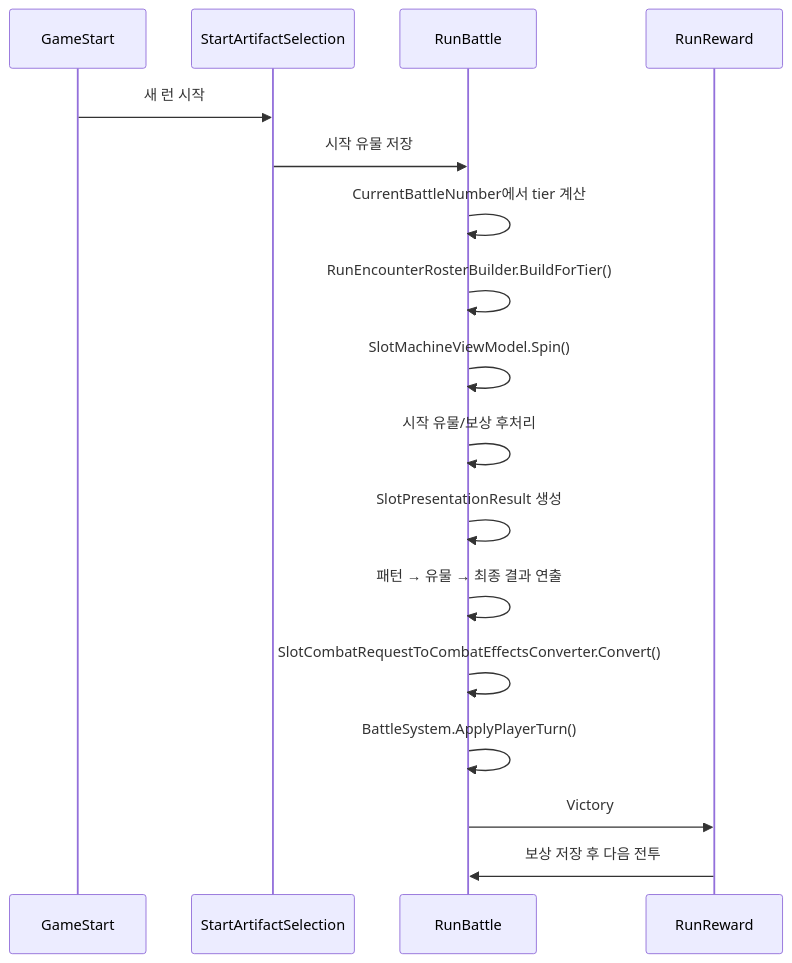
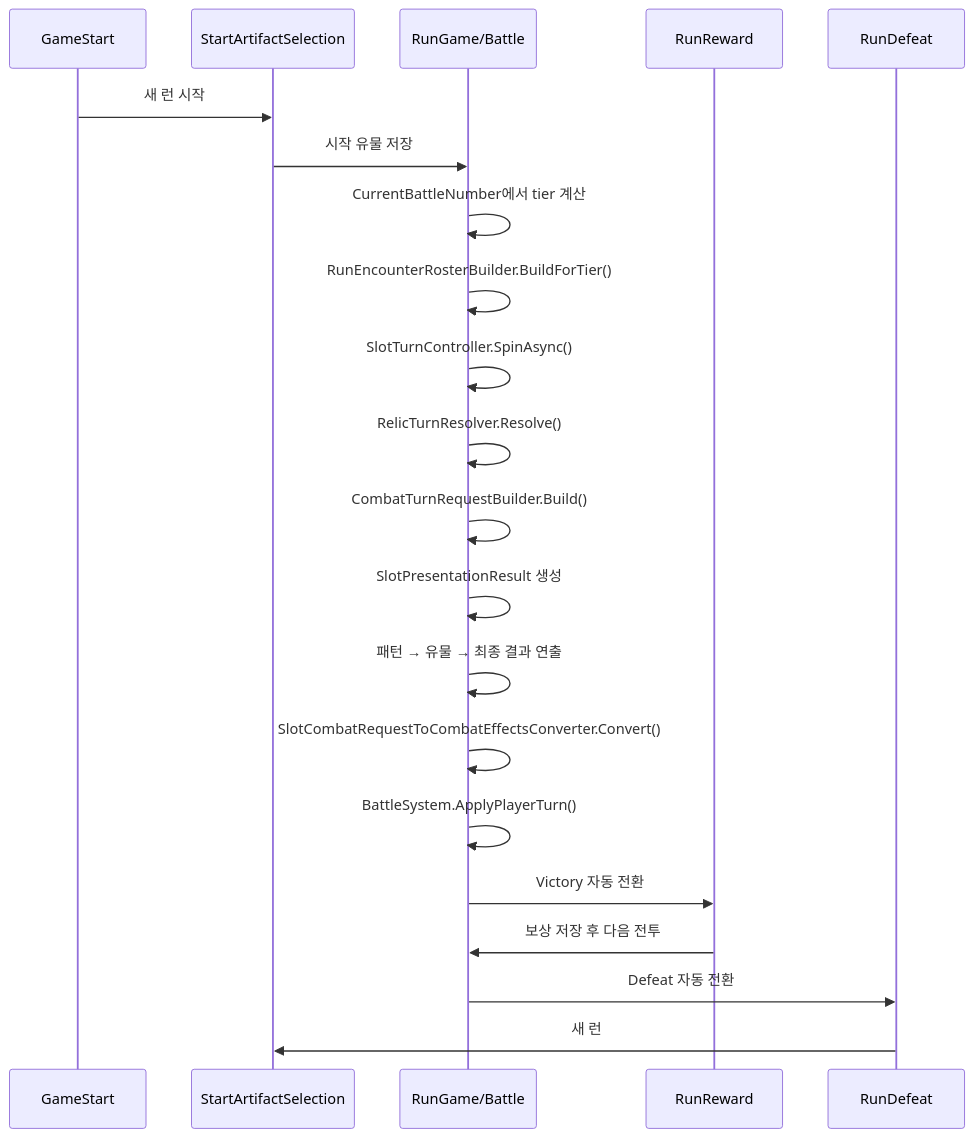
The diagram in docs/design-docs/game-flow.md (YooKyubin/SlotRogue), drawn with Mermaid before and after one commit. The commit also changed other lines of this file and 448 other files, not shown here.

````diff
--- a/docs/design-docs/game-flow.md
+++ b/docs/design-docs/game-flow.md
@@ -37,19 +37,23 @@
 ```mermaid
 sequenceDiagram
     participant Start as GameStart
     participant Artifact as StartArtifactSelection
-    participant Battle as RunBattle
+    participant Battle as RunGame/Battle
     participant Reward as RunReward
+    participant Defeat as RunDefeat
     Start->>Artifact: 새 런 시작
     Artifact->>Battle: 시작 유물 저장
     Battle->>Battle: CurrentBattleNumber에서 tier 계산
     Battle->>Battle: RunEncounterRosterBuilder.BuildForTier()
-    Battle->>Battle: SlotMachineViewModel.Spin()
-    Battle->>Battle: 시작 유물/보상 후처리
+    Battle->>Battle: SlotTurnController.SpinAsync()
+    Battle->>Battle: RelicTurnResolver.Resolve()
+    Battle->>Battle: CombatTurnRequestBuilder.Build()
     Battle->>Battle: SlotPresentationResult 생성
     Battle->>Battle: 패턴 → 유물 → 최종 결과 연출
     Battle->>Battle: SlotCombatRequestToCombatEffectsConverter.Convert()
     Battle->>Battle: BattleSystem.ApplyPlayerTurn()
-    Battle->>Reward: Victory
+    Battle->>Reward: Victory 자동 전환
     Reward->>Battle: 보상 저장 후 다음 전투
+    Battle->>Defeat: Defeat 자동 전환
+    Defeat->>Artifact: 새 런
 ```
````
